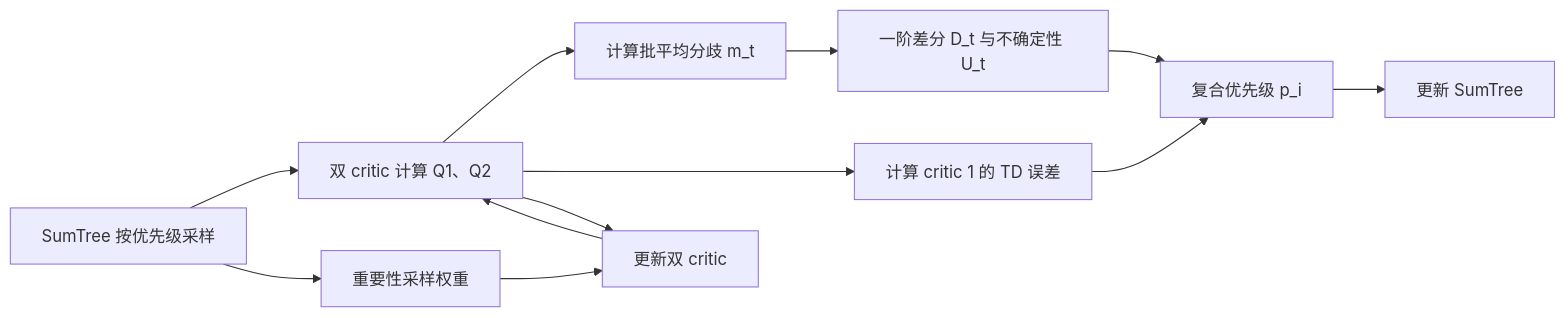
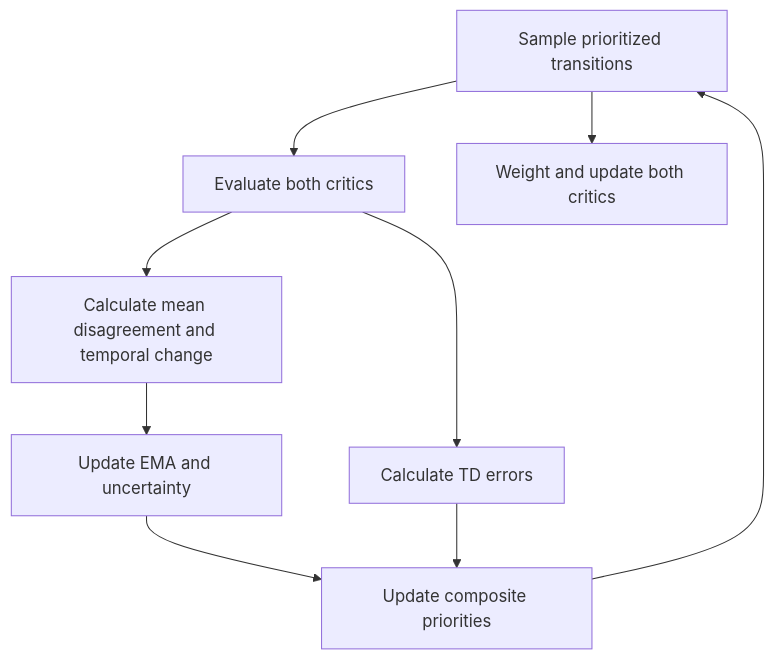
Before and after one commit to 1101Floor/FoD-DQDQ: the diagram in README.md, drawn with Mermaid. The commit also changed other lines of this file, not shown here.

````diff
--- a/README.md
+++ b/README.md
@@ -118,14 +83,11 @@
 ```mermaid
-flowchart LR
-    A[SumTree 按优先级采样] --> B[双 critic 计算 Q1、Q2]
-    B --> C[计算批平均分歧 m_t]
-    C --> D[一阶差分 D_t 与不确定性 U_t]
-    B --> E[计算 critic 1 的 TD 误差]
-    D --> F[复合优先级 p_i]
+flowchart TD
+    A["Sample prioritized transitions"] --> B["Evaluate both critics"]
+    B --> C["Calculate mean disagreement and temporal change"]
+    C --> D["Update EMA and uncertainty"]
+    B --> E["Calculate TD errors"]
+    D --> F["Update composite priorities"]
     E --> F
-    F --> G[更新 SumTree]
-    A --> H[重要性采样权重]
-    H --> I[更新双 critic]
-    B --> I
-    I --> B
+    F --> A
+    A --> G["Weight and update both critics"]
 ```
````
